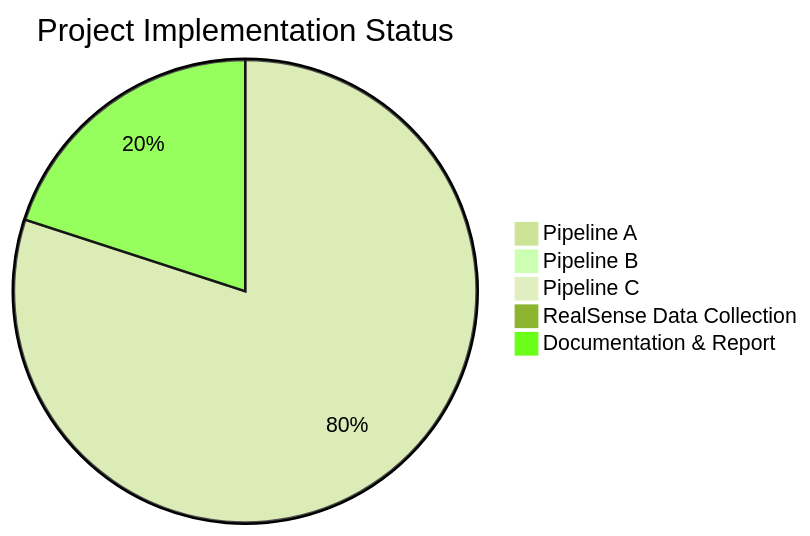
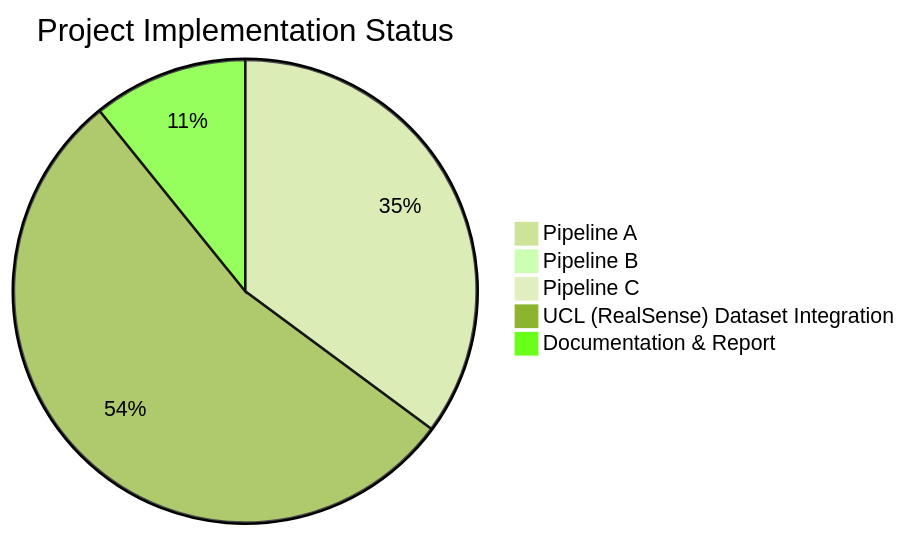
Before and after one commit to KaleLjl/Coursework-2-COMP0248: the diagram in memory-bank/progress.md, drawn with Mermaid (forest theme). The commit also changed other lines of this file and 10 other files, not shown here.

Commit message:
sucessfully load ucl data 'but the result is not good

````diff
--- a/memory-bank/progress.md
+++ b/memory-bank/progress.md
@@ -5,8 +5,8 @@
 ```mermaid
 pie title Project Implementation Status
-    "Pipeline A" : 60
+    "Pipeline A" : 65
     "Pipeline B" : 0
     "Pipeline C" : 0
-    "RealSense Data Collection" : 0
-    "Documentation & Report" : 15
+    "UCL (RealSense) Dataset Integration" : 100
+    "Documentation & Report" : 20
 ```
````
